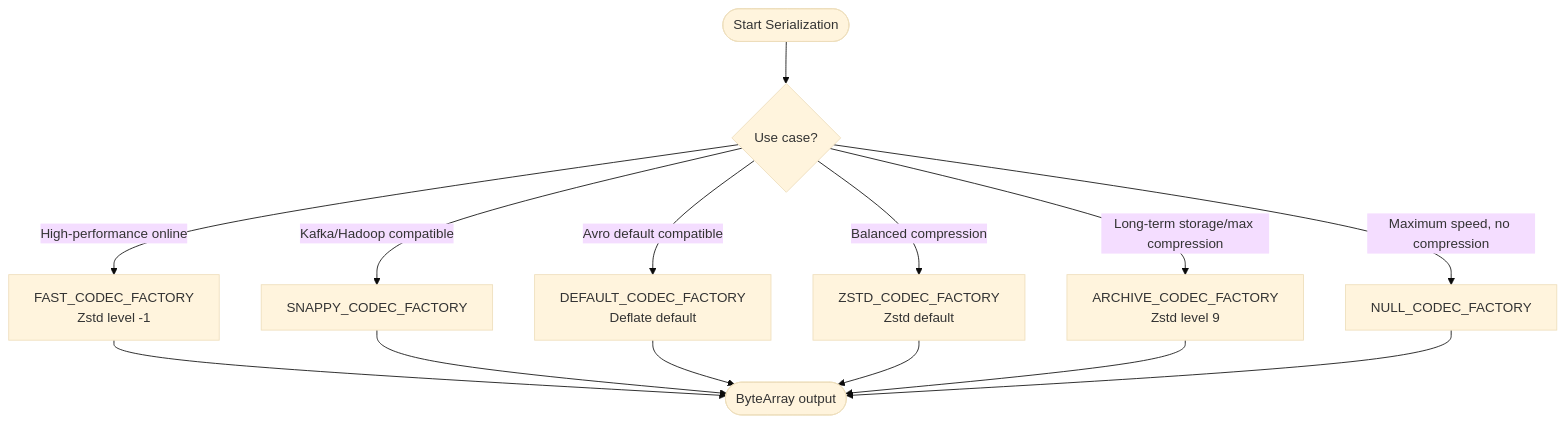
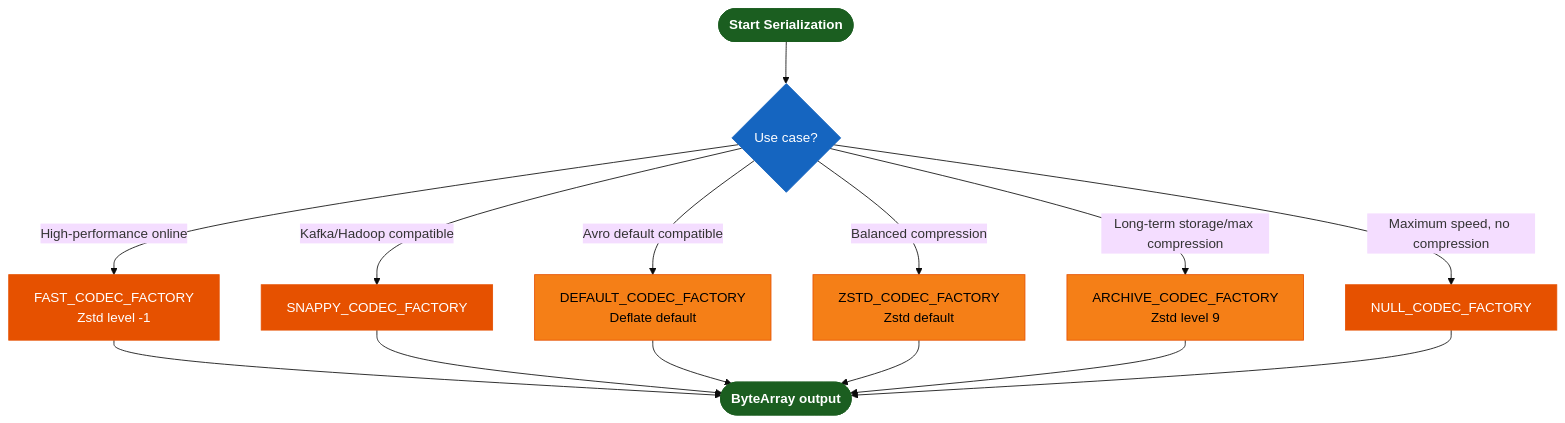
The third of 3 diagrams in io/avro/README.md (bluetape4k/bluetape4k-projects), drawn with Mermaid (base theme) before and after one commit. The commit also changed other lines of this file and 221 other files, not shown here.

First line of the commit message:
docs: 전체 모듈 README UML 다이어그램 보강 및 색상 업그레이드

````diff
--- a/io/avro/README.md
+++ b/io/avro/README.md
@@ -202,16 +215,26 @@
 ```mermaid
 flowchart TD
     Start([Start Serialization]) --> Purpose{Use case?}
     Purpose -->|High-performance online| FAST[FAST_CODEC_FACTORY<br/>Zstd level -1]
     Purpose -->|Kafka/Hadoop compatible| SNAPPY[SNAPPY_CODEC_FACTORY]
     Purpose -->|Avro default compatible| DEFAULT[DEFAULT_CODEC_FACTORY<br/>Deflate default]
     Purpose -->|Balanced compression| ZSTD[ZSTD_CODEC_FACTORY<br/>Zstd default]
     Purpose -->|Long-term storage/max compression| ARCHIVE[ARCHIVE_CODEC_FACTORY<br/>Zstd level 9]
     Purpose -->|Maximum speed, no compression| NULL[NULL_CODEC_FACTORY]
     FAST --> Output([ByteArray output])
     SNAPPY --> Output
     DEFAULT --> Output
     ZSTD --> Output
     ARCHIVE --> Output
     NULL --> Output
+
+    classDef coreStyle fill:#1B5E20,stroke:#1B5E20,color:#FFFFFF,font-weight:bold
+    classDef serviceStyle fill:#1565C0,stroke:#1565C0,color:#FFFFFF
+    classDef utilStyle fill:#E65100,stroke:#E65100,color:#FFFFFF
+    classDef dataStyle fill:#F57F17,stroke:#E65100,color:#000000
+
+    class Start,Output coreStyle
+    class Purpose serviceStyle
+    class FAST,SNAPPY,NULL utilStyle
+    class DEFAULT,ZSTD,ARCHIVE dataStyle
 ```
````
